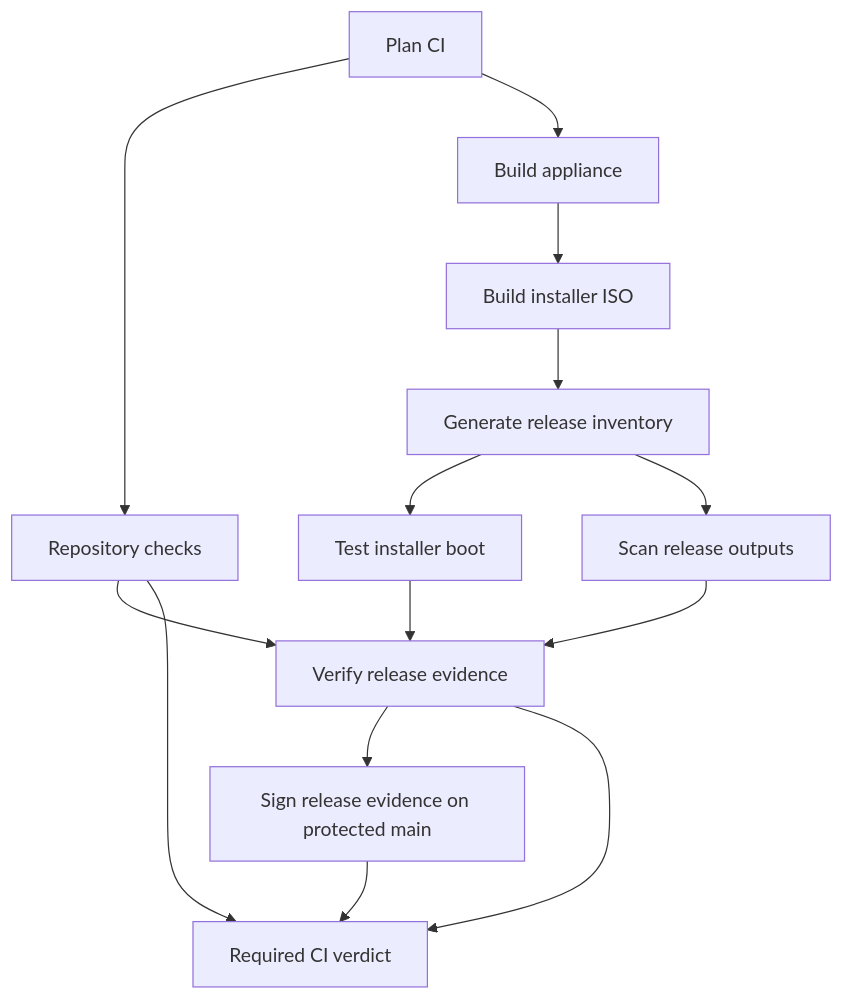
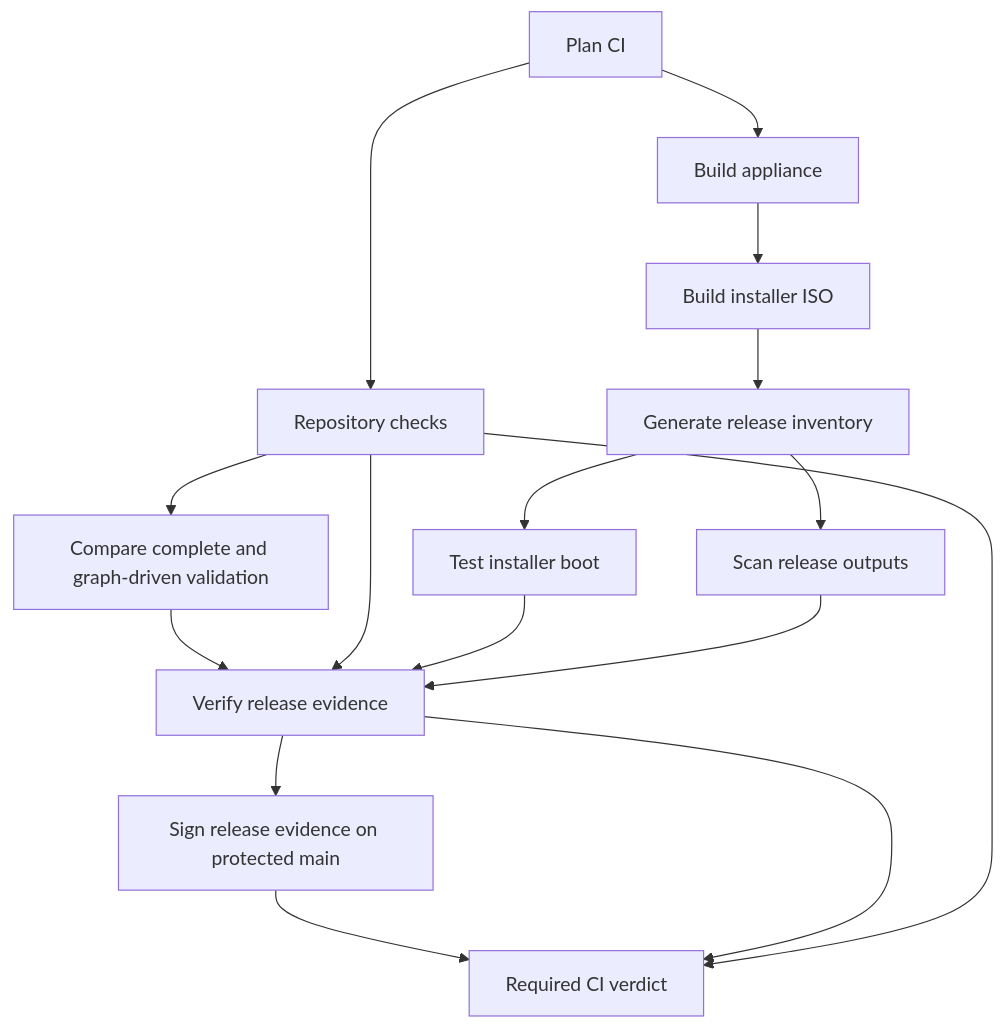
The diagram in docs/features.md (closure-labs/maestro), drawn with Mermaid before and after one commit. The commit also changed other lines of this file and 15 other files, not shown here.

Commit message:
feat(ci): compare complete audits with exact graph realizations

````diff
--- a/docs/features.md
+++ b/docs/features.md
@@ -52,16 +52,18 @@
 ```mermaid
 flowchart TD
   P[Plan CI] --> R[Repository checks]
   P --> A[Build appliance]
+  R --> C[Compare complete and graph-driven validation]
+  C --> V
   A --> I[Build installer ISO]
   I --> N[Generate release inventory]
   N --> B[Test installer boot]
   N --> S[Scan release outputs]
   R --> V[Verify release evidence]
   B --> V
   S --> V
   V --> G[Sign release evidence on protected main]
   G --> F[Required CI verdict]
   V --> F
   R --> F
 ```
````
